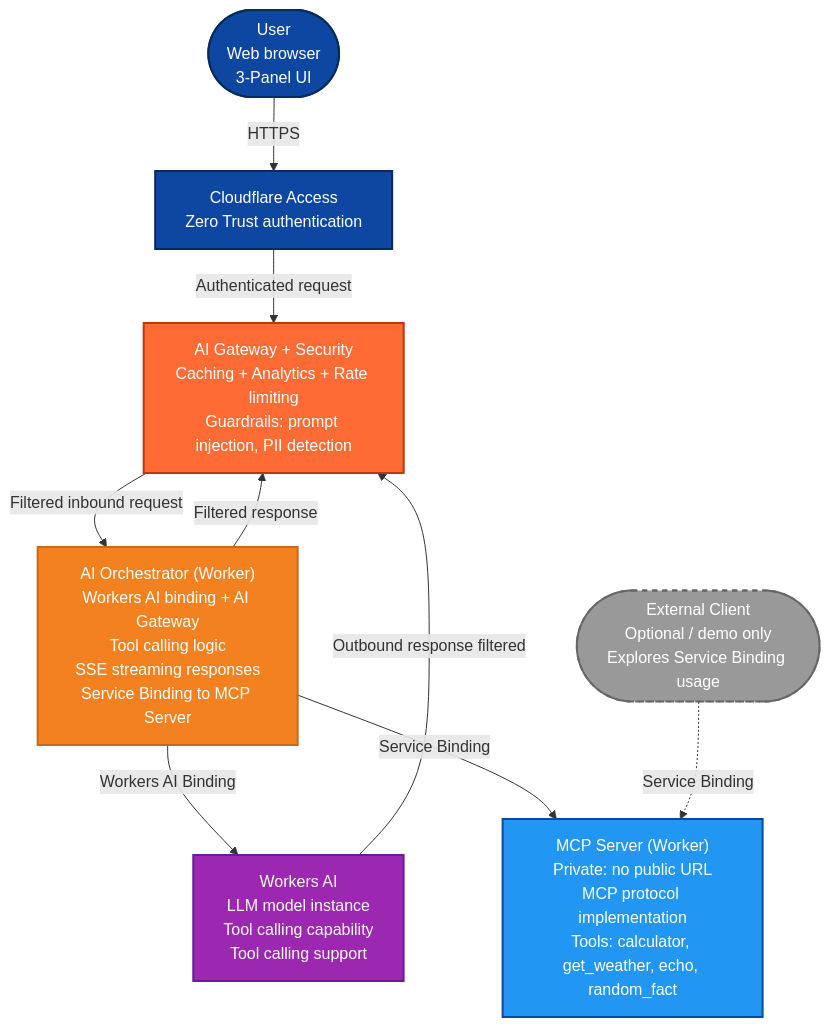
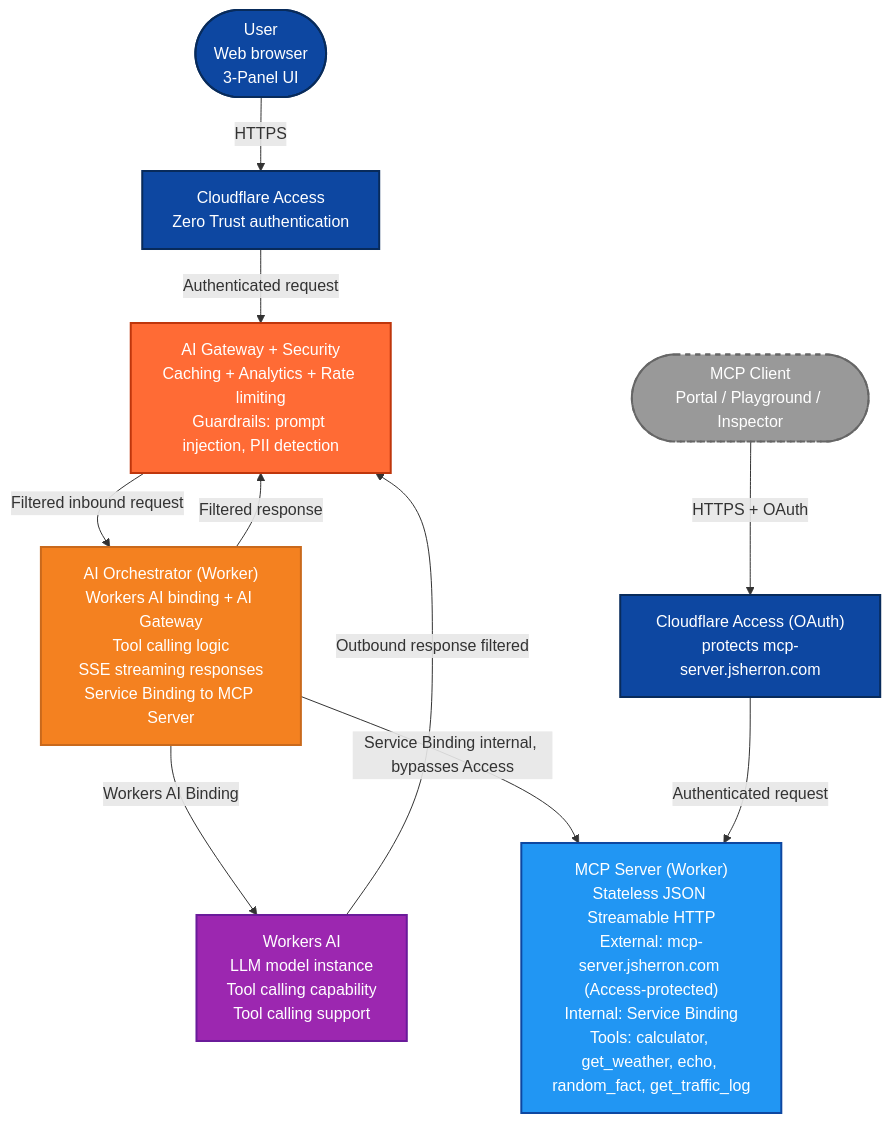
Before and after one commit to cheapredwine/mcp-demo-cloudflare: the diagram in docs/architecture.md, drawn with Mermaid. The commit also changed other lines of this file and 6 other files, not shown here.

First line of the commit message:
docs: sweep remaining docs for Access-protected, stateless-JSON state

````diff
--- a/docs/architecture.md
+++ b/docs/architecture.md
@@ -3,34 +3,37 @@
 ```mermaid
 flowchart TB
   user([User<br/>Web browser<br/>3-Panel UI])
   access["Cloudflare Access<br/>Zero Trust authentication"]
   aiOrch["AI Orchestrator (Worker)<br/>Workers AI binding + AI Gateway<br/>Tool calling logic<br/>SSE streaming responses<br/>Service Binding to MCP Server"]
   workersAI["Workers AI<br/>LLM model instance<br/>Tool calling capability<br/>Tool calling support"]
   gateway["AI Gateway + Security<br/>Caching + Analytics + Rate limiting<br/>Guardrails: prompt injection, PII detection"]
-  mcp["MCP Server (Worker)<br/>Private: no public URL<br/>MCP protocol implementation<br/>Tools: calculator, get_weather, echo, random_fact"]
-  extClient([External Client<br/>Optional / demo only<br/>Explores Service Binding usage])
+  mcp["MCP Server (Worker)<br/>Stateless JSON Streamable HTTP<br/>External: mcp-server.jsherron.com (Access-protected)<br/>Internal: Service Binding<br/>Tools: calculator, get_weather, echo, random_fact, get_traffic_log"]
+  mcpAccess["Cloudflare Access (OAuth)<br/>protects mcp-server.jsherron.com"]
+  mcpClient([MCP Client<br/>Portal / Playground / Inspector])
 
   user -->|HTTPS| access
   access -->|Authenticated request| gateway
   gateway -->|Filtered inbound request| aiOrch
   aiOrch -->|Workers AI Binding| workersAI
   workersAI -->|Outbound response filtered| gateway
   aiOrch -->|Filtered response| gateway
-  aiOrch -->|Service Binding| mcp
-  extClient -.->|Service Binding| mcp
+  aiOrch -->|Service Binding internal, bypasses Access| mcp
+  mcpClient -->|HTTPS + OAuth| mcpAccess
+  mcpAccess -->|Authenticated request| mcp
 
   classDef cloudflare fill:#0D47A1,stroke:#082B5B,color:#fff,stroke-width:2px;
   classDef worker fill:#F48120,stroke:#C9691C,color:#fff,stroke-width:2px;
   classDef ai fill:#9C27B0,stroke:#6A1B9A,color:#fff,stroke-width:2px;
   classDef gateway fill:#FF6B35,stroke:#BF360C,color:#fff,stroke-width:2px;
   classDef private fill:#2196F3,stroke:#0D47A1,color:#fff,stroke-width:2px;
   classDef optional fill:#999,stroke:#666,color:#fff,stroke-width:2px,stroke-dasharray: 5 5;
 
   class user cloudflare;
   class access cloudflare;
   class aiOrch worker;
   class workersAI ai;
   class gateway gateway;
   class mcp private;
-  class extClient optional;
+  class mcpAccess cloudflare;
+  class mcpClient optional;
 ```
````
